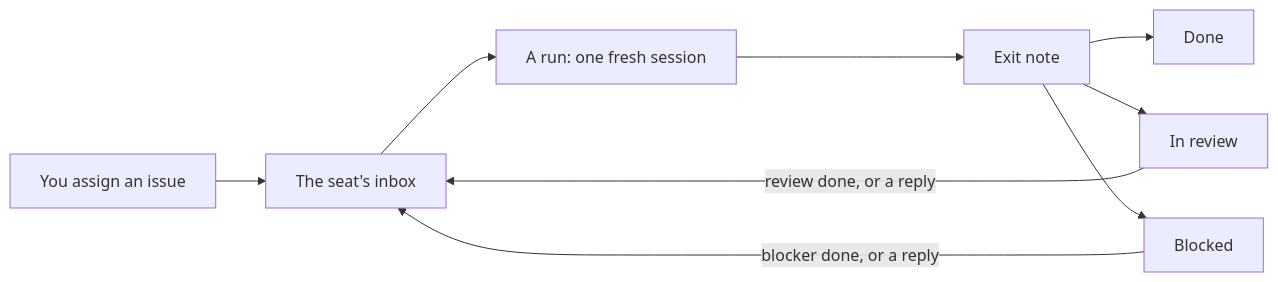
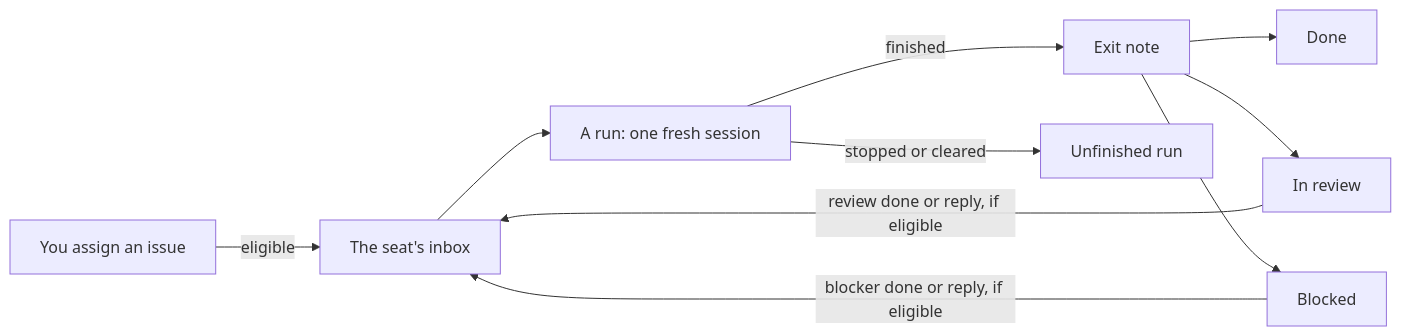
Before and after one commit to Art-of-Technology/collab: the diagram in content/docs/agents/overview.md, drawn with Mermaid. The commit also changed other lines of this file and 1 other file, not shown here.

Commit message:
no-mistakes(review): Correct seat inbox and run documentation

````diff
--- a/content/docs/agents/overview.md
+++ b/content/docs/agents/overview.md
@@ -15,11 +15,12 @@
 ```mermaid
 flowchart LR
-  A[You assign an issue] --> B[The seat's inbox]
+  A[You assign an issue] -- eligible --> B[The seat's inbox]
   B --> C[A run: one fresh session]
-  C --> D[Exit note]
+  C -- finished --> D[Exit note]
+  C -- stopped or cleared --> H[Unfinished run]
   D --> E[Done]
   D --> F[In review]
   D --> G[Blocked]
-  F -- review done, or a reply --> B
-  G -- blocker done, or a reply --> B
+  F -- review done or reply, if eligible --> B
+  G -- blocker done or reply, if eligible --> B
 ```
````
